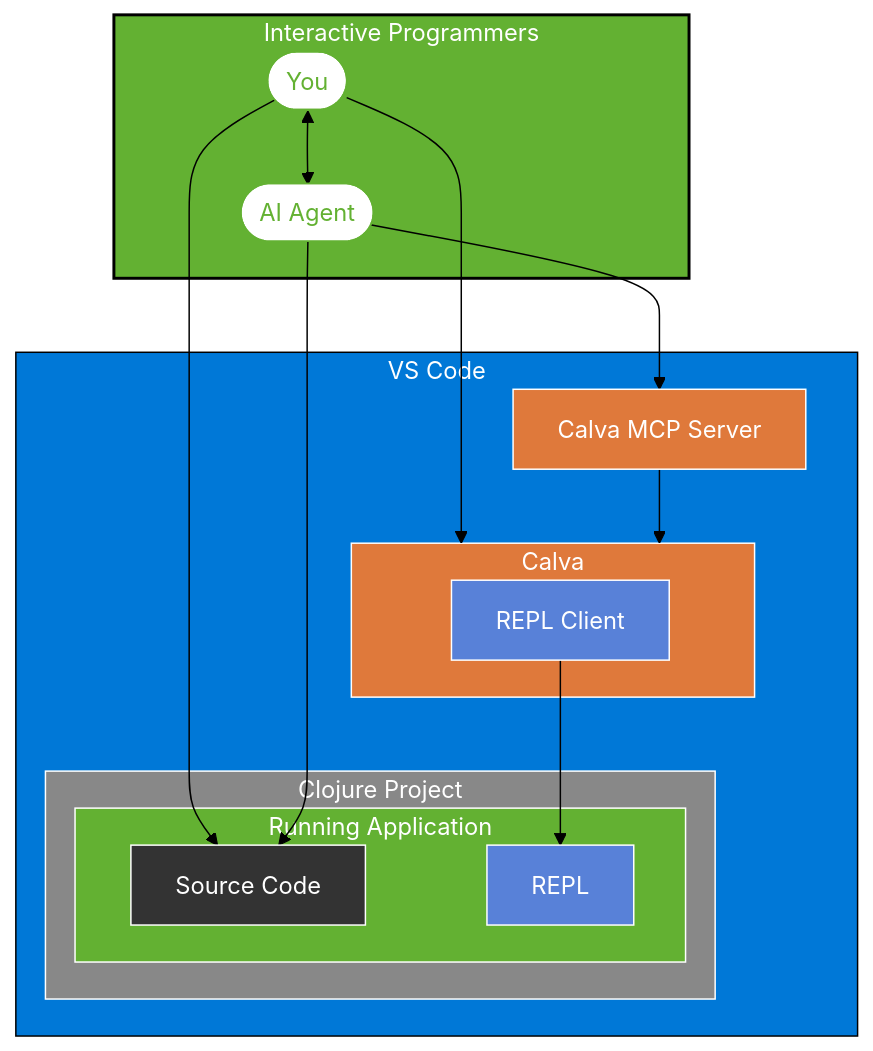
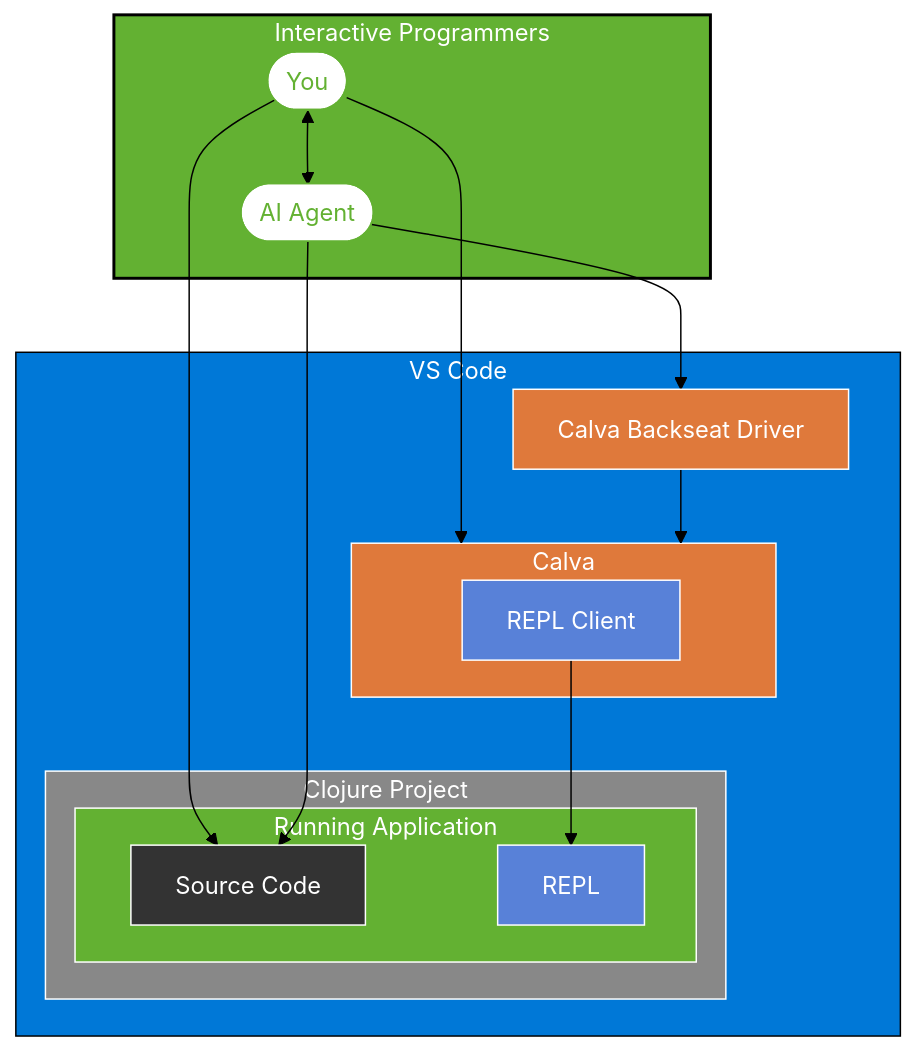
One commit to PEZ/calva-mcp-server changed the diagram in README.md. Above: the diagram before and after it, drawn with Mermaid (forest theme). The commit also changed other lines of this file and 9 other files, not shown here.

````diff
--- a/README.md
+++ b/README.md
@@ -113,52 +113,52 @@
 ```mermaid
 flowchart TD
     subgraph InteractiveProgrammers["Interactive Programmers"]
         User([You])
         AIAgent([AI Agent])
         User <--> AIAgent
     end
 
     subgraph VSCode["VS Code"]
 
-        MCP["Calva MCP Server"]
+        MCP["Calva Backseat Driver"]
 
         subgraph Calva["Calva"]
             REPLClient["REPL Client"]
         end
 
         subgraph Project["Clojure Project"]
 
             subgraph RunningApp["Running Application"]
                 SourceCode["Source Code"]
                 REPL["REPL"]
             end
         end
     end
 
     User --> SourceCode
     User --> Calva
     REPLClient --> REPL
     AIAgent --> SourceCode
     AIAgent --> MCP
     MCP --> Calva
 
     classDef users fill:#ffffff,stroke:#63b132,stroke-width:1px,color:#63b132;
     classDef programmers fill:#63b132,stroke:#000000,stroke-width:2px,color:#ffffff;
     classDef vscode fill:#0078d7,stroke:#000000,stroke-width:1px,color:#ffffff;
     classDef calva fill:#df793b,stroke:#ffffff,stroke-width:1px,color:#ffffff;
     classDef highlight fill:#ffffff,stroke:#000000,stroke-width:1px,color:#000000;
     classDef dark fill:#333333,stroke:#ffffff,stroke-width:1px,color:#ffffff;
     classDef repl fill:#5881d8,stroke:#ffffff,stroke-width:1px,color:#ffffff;
     classDef running fill:#63b132,stroke:#ffffff,stroke-width:1px,color:#ffffff;
     classDef project fill:#888888,stroke:#ffffff,stroke-width:1px,color:#ffffff;
 
     class User,AIAgent users;
     class VSCode vscode;
     class Calva,MCP calva;
     class REPLClient repl;
     class Project project;
     class SourceCode dark;
     class RunningApp running;
     class REPL repl;
     class InteractiveProgrammers programmers;
 ```
````
